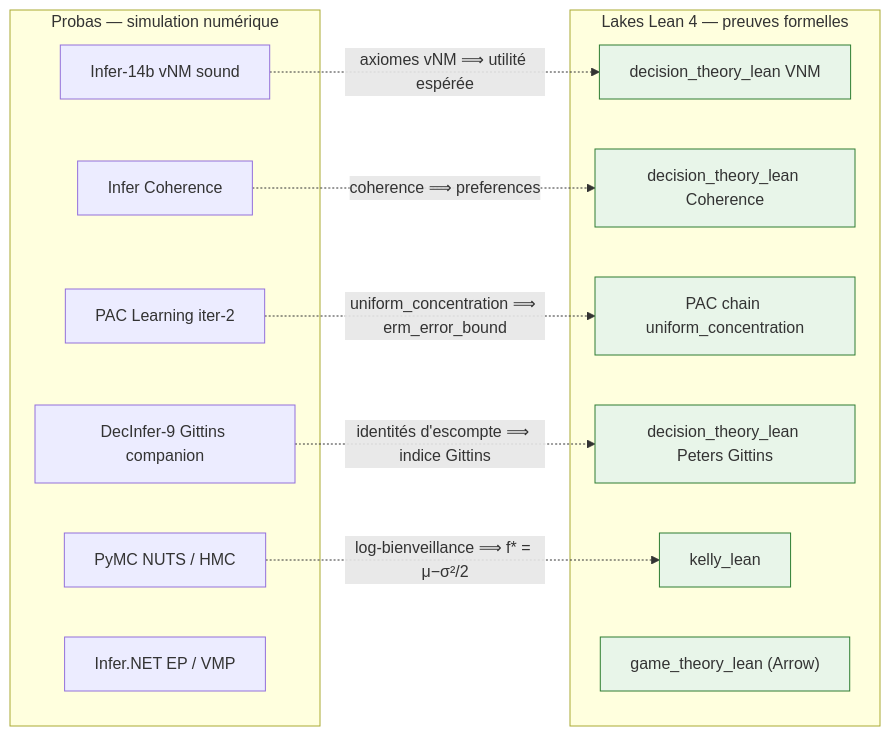
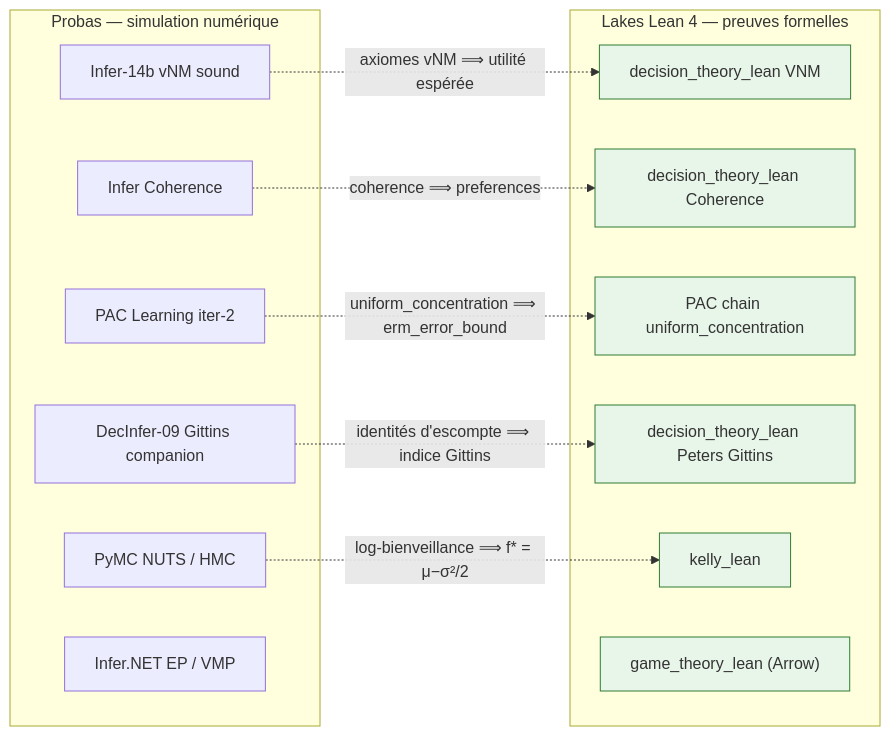
One commit to jsboige/CoursIA changed the third of 3 diagrams in MyIA.AI.Notebooks/Probas/README.md. Above: the diagram before and after it, drawn with Mermaid. The commit also changed other lines of this file and 47 other files, not shown here.

First line of the commit message:
chore(naming,#11840): zero-pad DecInfer series N in [1..9] -> 0N (tranche DecInfer)

````diff
--- a/MyIA.AI.Notebooks/Probas/README.md
+++ b/MyIA.AI.Notebooks/Probas/README.md
@@ -600,33 +600,33 @@
 ```mermaid
 flowchart LR
     subgraph SIM["Probas — simulation numérique"]
         NB_DT["Infer-14b vNM sound"]
         NB_CO["Infer Coherence"]
-        NB_GIT["DecInfer-9 Gittins companion"]
+        NB_GIT["DecInfer-09 Gittins companion"]
         NB_PAC["PAC Learning iter-2"]
         NB_MCMC["PyMC NUTS / HMC"]
         NB_EP["Infer.NET EP / VMP"]
     end
     subgraph LEAN["Lakes Lean 4 — preuves formelles"]
         LK_DT["decision_theory_lean VNM"]
         LK_CO["decision_theory_lean Coherence"]
         LK_PAC["PAC chain uniform_concentration"]
         LK_GIT["decision_theory_lean Peters Gittins"]
         LK_KELLY["kelly_lean"]
         LK_SC["game_theory_lean (Arrow)"]
     end
     NB_DT -. "axiomes vNM ⟹ utilité espérée" .-> LK_DT
     NB_CO -. "coherence ⟹ preferences" .-> LK_CO
     NB_PAC -. "uniform_concentration ⟹ erm_error_bound" .-> LK_PAC
     NB_GIT -. "identités d'escompte ⟹ indice Gittins" .-> LK_GIT
     NB_MCMC -. "log-bienveillance ⟹ f* = μ−σ²/2" .-> LK_KELLY
     %% NB_EP (Infer.NET EP / VMP) = inférence bayésienne approximative ;
     %% la passerelle Dung ↔ argumentation_lean est couverte par le tableau §E ci-dessus (ligne SymbolicAI ↔ Probas),
     %% pas par un lien direct depuis ce nœud de simulation.
     style LK_DT fill:#e8f5e9,stroke:#2e7d32
     style LK_CO fill:#e8f5e9,stroke:#2e7d32
     style LK_PAC fill:#e8f5e9,stroke:#2e7d32
     style LK_GIT fill:#e8f5e9,stroke:#2e7d32
     style LK_KELLY fill:#e8f5e9,stroke:#2e7d32
     style LK_SC fill:#e8f5e9,stroke:#2e7d32
 ```
````
